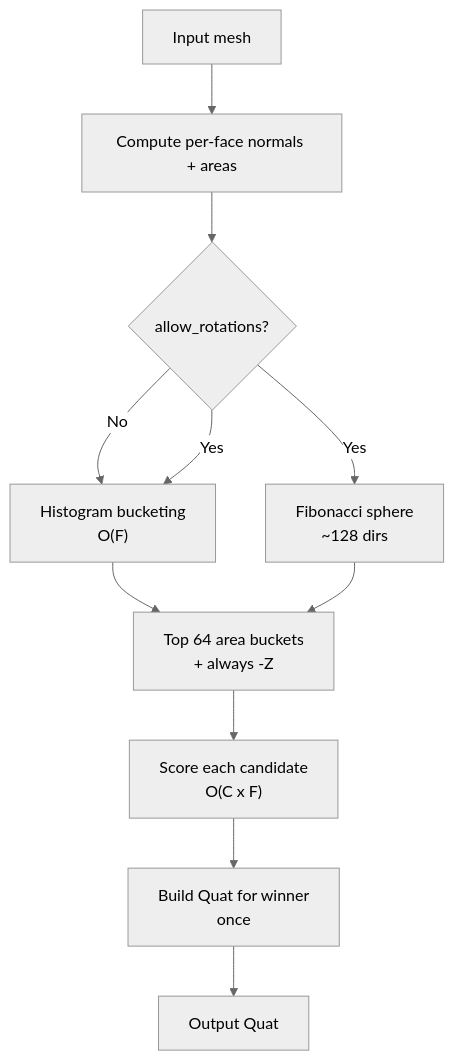
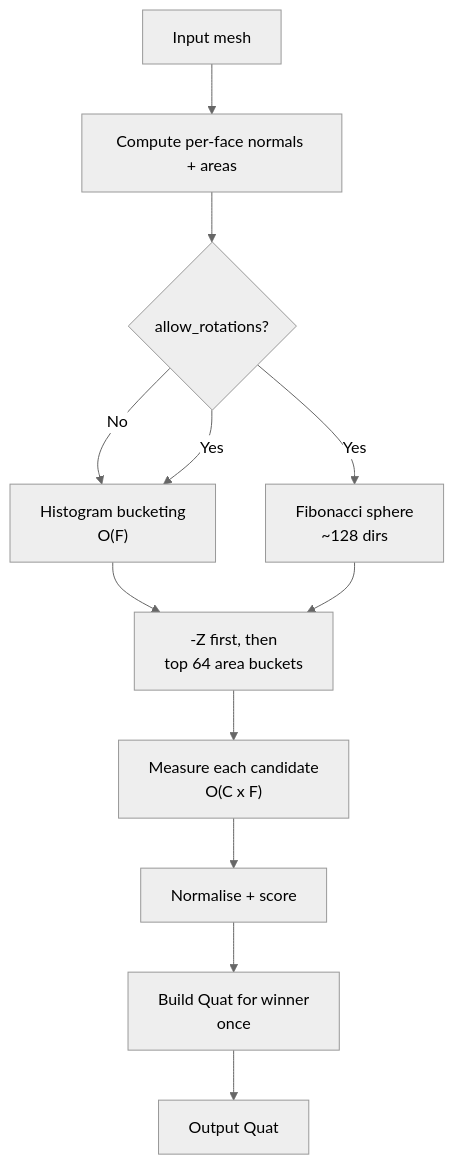
One commit to ColdCrabby/slicer changed the first of 2 diagrams in src/orient/README.md. Above: the diagram before and after it, drawn with Mermaid (neutral theme). The commit also changed other lines of this file and 7 other files, not shown here.

````diff
--- a/src/orient/README.md
+++ b/src/orient/README.md
@@ -51,13 +68,14 @@
 ```mermaid
 flowchart TD
   A["Input mesh"] --> B["Compute per-face normals + areas"]
   B --> C{"allow_rotations?"}
   C -- "No" --> D["Histogram bucketing<br/>O(F)"]
   C -- "Yes" --> D
   C -- "Yes" --> E["Fibonacci sphere<br/>~128 dirs"]
-  D --> F["Top 64 area buckets<br/>+ always -Z"]
+  D --> F["-Z first, then<br/>top 64 area buckets"]
   E --> F
-  F --> G["Score each candidate<br/>O(C x F)"]
-  G --> H["Build Quat for winner<br/>once"]
-  H --> I["Output Quat"]
+  F --> G["Measure each candidate<br/>O(C x F)"]
+  G --> H["Normalise + score"]
+  H --> I["Build Quat for winner<br/>once"]
+  I --> J["Output Quat"]
 ```
````
